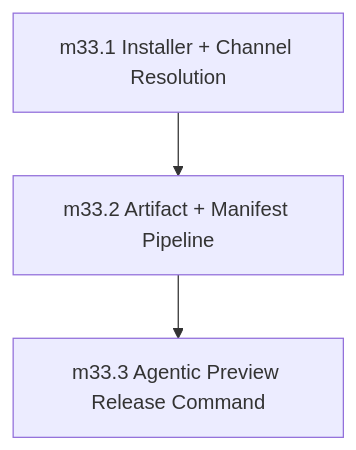
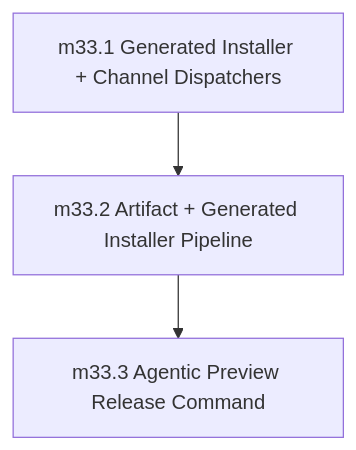
Before and after one commit to sifr-lang/sifr: the diagram in internal_docs/phases/33_preview_distribution_and_release_automation.md, drawn with Mermaid. The commit also changed other lines of this file and 2 other files, not shown here.

Commit message:
refine phase 33 generated installer plan

````diff
--- a/internal_docs/phases/33_preview_distribution_and_release_automation.md
+++ b/internal_docs/phases/33_preview_distribution_and_release_automation.md
@@ -147,9 +200,9 @@
 ```mermaid
 flowchart TD
-    m33_1["m33.1 Installer + Channel Resolution"]
-    m33_2["m33.2 Artifact + Manifest Pipeline"]
+    m33_1["m33.1 Generated Installer + Channel Dispatchers"]
+    m33_2["m33.2 Artifact + Generated Installer Pipeline"]
     m33_3["m33.3 Agentic Preview Release Command"]
 
     m33_1 --> m33_2
     m33_2 --> m33_3
 ```
````
